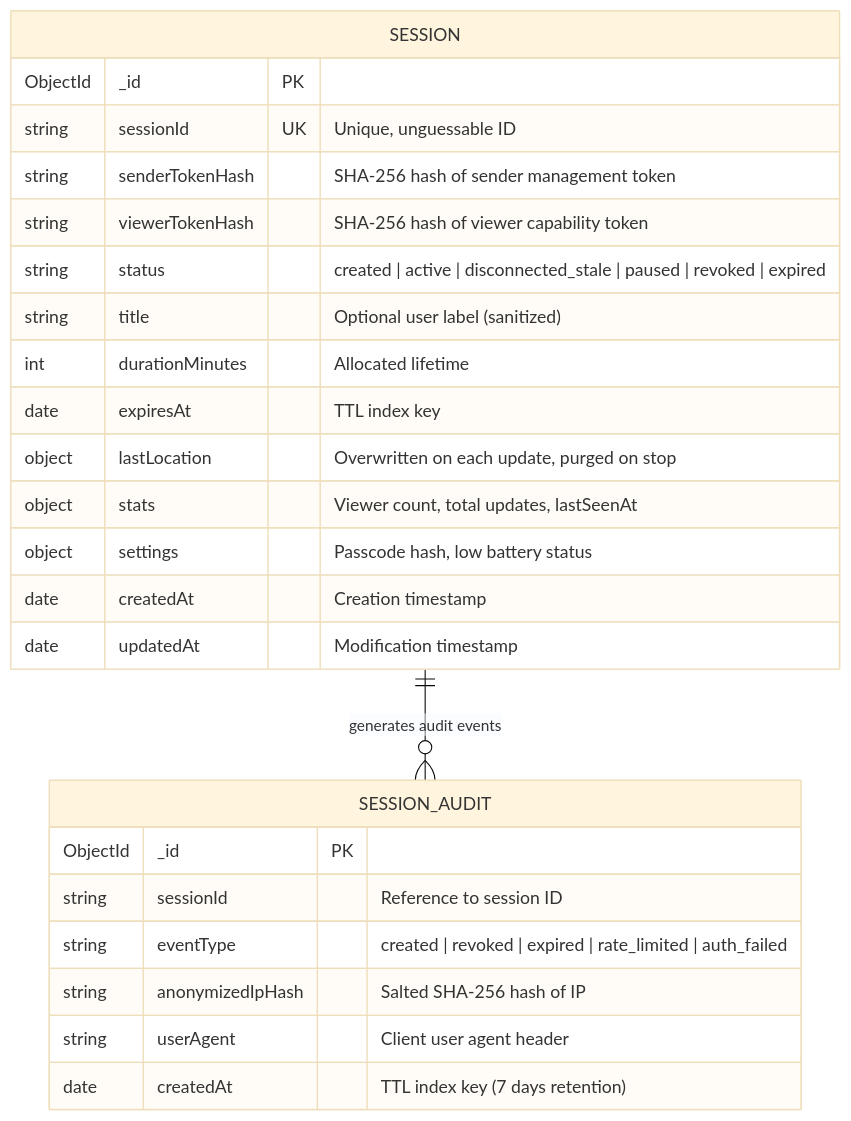
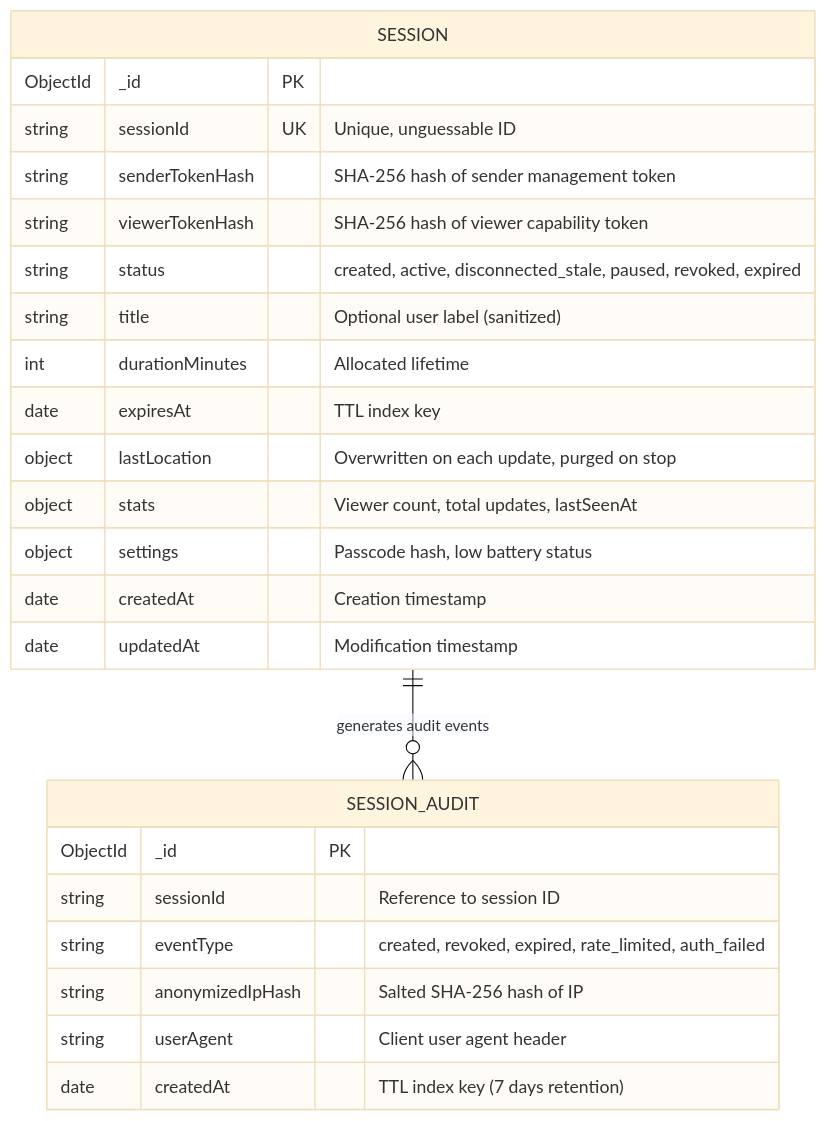
One commit to tarun537/track-location changed the diagram in docs/DATABASE_SCHEMA.md. Above: the diagram before and after it, drawn with Mermaid (base theme). The commit also changed 3 other files, not shown here.

Commit message:
fix(docs): resolve diagram syntax, add sequence diagram, and update master roadmap

````diff
--- a/docs/DATABASE_SCHEMA.md
+++ b/docs/DATABASE_SCHEMA.md
@@ -30,29 +30,29 @@
 ```mermaid
 erDiagram
     SESSION {
         ObjectId _id PK
         string sessionId UK "Unique, unguessable ID"
         string senderTokenHash "SHA-256 hash of sender management token"
         string viewerTokenHash "SHA-256 hash of viewer capability token"
-        string status "created | active | disconnected_stale | paused | revoked | expired"
+        string status "created, active, disconnected_stale, paused, revoked, expired"
         string title "Optional user label (sanitized)"
         int durationMinutes "Allocated lifetime"
         date expiresAt "TTL index key"
         object lastLocation "Overwritten on each update, purged on stop"
         object stats "Viewer count, total updates, lastSeenAt"
         object settings "Passcode hash, low battery status"
         date createdAt "Creation timestamp"
         date updatedAt "Modification timestamp"
     }
 
     SESSION_AUDIT {
         ObjectId _id PK
         string sessionId "Reference to session ID"
-        string eventType "created | revoked | expired | rate_limited | auth_failed"
+        string eventType "created, revoked, expired, rate_limited, auth_failed"
         string anonymizedIpHash "Salted SHA-256 hash of IP"
         string userAgent "Client user agent header"
         date createdAt "TTL index key (7 days retention)"
     }
 
     SESSION ||--o{ SESSION_AUDIT : "generates audit events"
 ```
````
